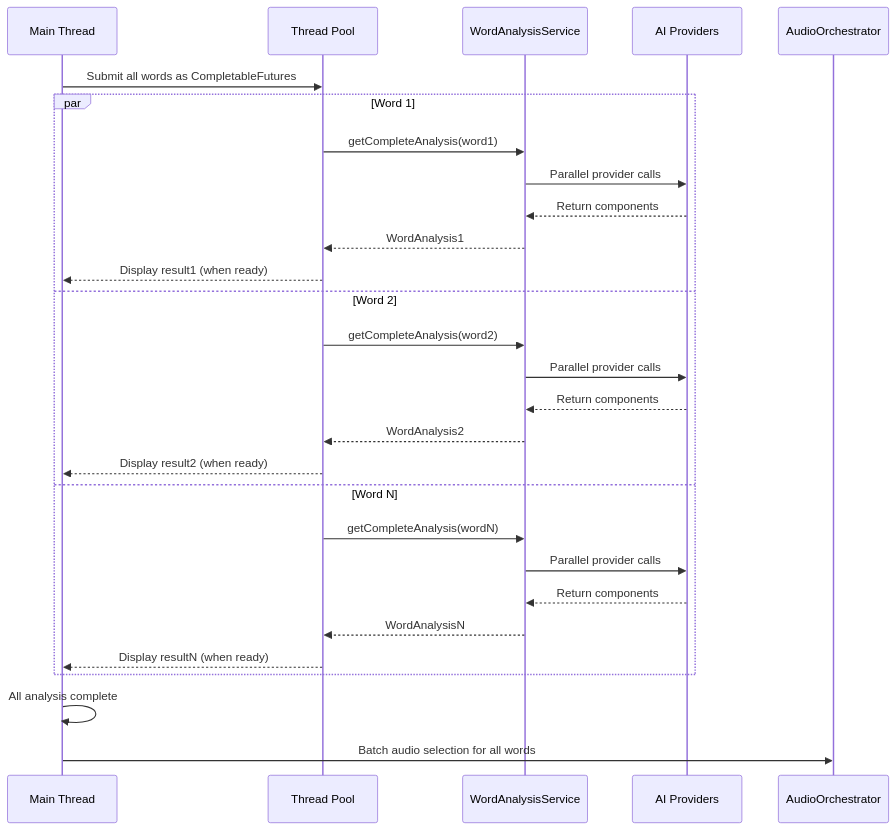
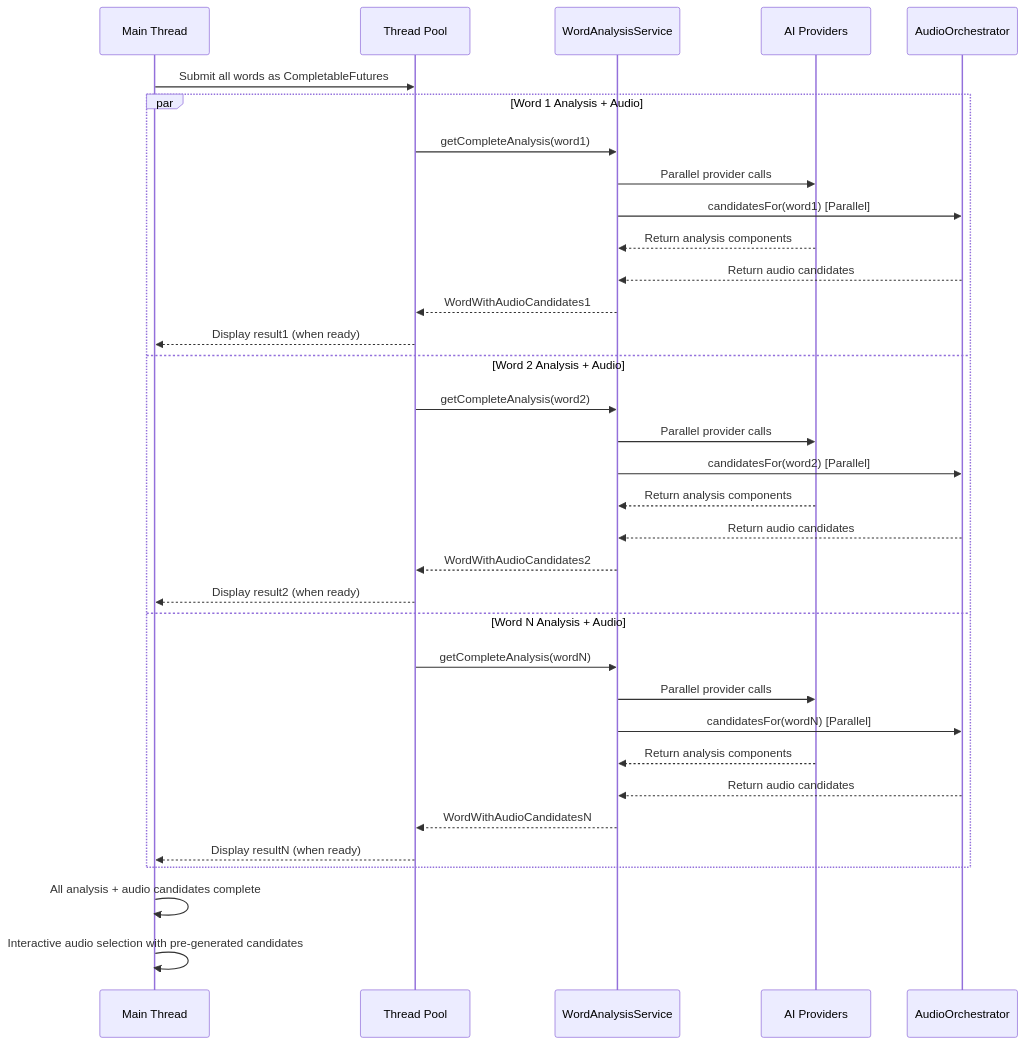
The fifth of 13 diagrams in PARSE_PLECO_FLOW.md (jorjao81/zh-learn2), drawn with Mermaid before and after one commit. The commit also changed other lines of this file and 5 other files, not shown here.

Commit message:
docs: architecture

````diff
--- a/PARSE_PLECO_FLOW.md
+++ b/PARSE_PLECO_FLOW.md
@@ -119,33 +119,39 @@
 ```mermaid
 sequenceDiagram
     participant Main as Main Thread
     participant Executor as Thread Pool
     participant WAS as WordAnalysisService
     participant Providers as AI Providers
     participant Audio as AudioOrchestrator
 
     Main->>Executor: Submit all words as CompletableFutures
 
-    par Word 1
+    par Word 1 Analysis + Audio
         Executor->>WAS: getCompleteAnalysis(word1)
         WAS->>Providers: Parallel provider calls
-        Providers-->>WAS: Return components
-        WAS-->>Executor: WordAnalysis1
+        WAS->>Audio: candidatesFor(word1) [Parallel]
+        Providers-->>WAS: Return analysis components
+        Audio-->>WAS: Return audio candidates
+        WAS-->>Executor: WordWithAudioCandidates1
         Executor-->>Main: Display result1 (when ready)
-    and Word 2
+    and Word 2 Analysis + Audio
         Executor->>WAS: getCompleteAnalysis(word2)
         WAS->>Providers: Parallel provider calls
-        Providers-->>WAS: Return components
-        WAS-->>Executor: WordAnalysis2
+        WAS->>Audio: candidatesFor(word2) [Parallel]
+        Providers-->>WAS: Return analysis components
+        Audio-->>WAS: Return audio candidates
+        WAS-->>Executor: WordWithAudioCandidates2
         Executor-->>Main: Display result2 (when ready)
-    and Word N
+    and Word N Analysis + Audio
         Executor->>WAS: getCompleteAnalysis(wordN)
         WAS->>Providers: Parallel provider calls
-        Providers-->>WAS: Return components
-        WAS-->>Executor: WordAnalysisN
+        WAS->>Audio: candidatesFor(wordN) [Parallel]
+        Providers-->>WAS: Return analysis components
+        Audio-->>WAS: Return audio candidates
+        WAS-->>Executor: WordWithAudioCandidatesN
         Executor-->>Main: Display resultN (when ready)
     end
 
-    Main->>Main: All analysis complete
-    Main->>Audio: Batch audio selection for all words
+    Main->>Main: All analysis + audio candidates complete
+    Main->>Main: Interactive audio selection with pre-generated candidates
 ```
````
